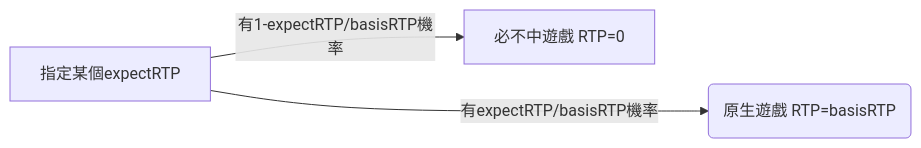
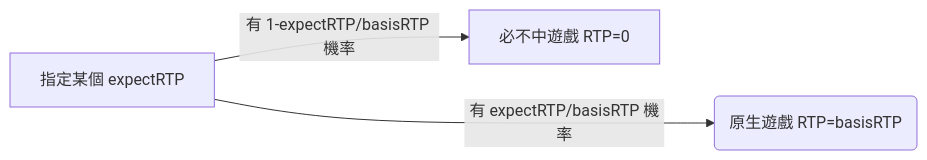
One commit to vishcho/vishnucho.github.io changed the diagram in content/math/2022-12-07.md. Above: the diagram before and after it, drawn with Mermaid. The commit also changed other lines of this file and 16 other files, not shown here.

```diff
--- a/content/math/2022-12-07.md
+++ b/content/math/2022-12-07.md
@@ -19,5 +18,5 @@
 {{< mermaid align="left" >}}
 graph LR
-A["指定某個expectRTP"]--"有expectRTP/basisRTP機率"--->B("原生遊戲 RTP=basisRTP")
-A--"有1-expectRTP/basisRTP機率"-->C["必不中遊戲 RTP=0"]
+A["指定某個 expectRTP"]--"有 expectRTP/basisRTP 機率"--->B("原生遊戲 RTP=basisRTP")
+A--"有 1-expectRTP/basisRTP 機率"-->C["必不中遊戲 RTP=0"]
 {{< /mermaid >}}
```
